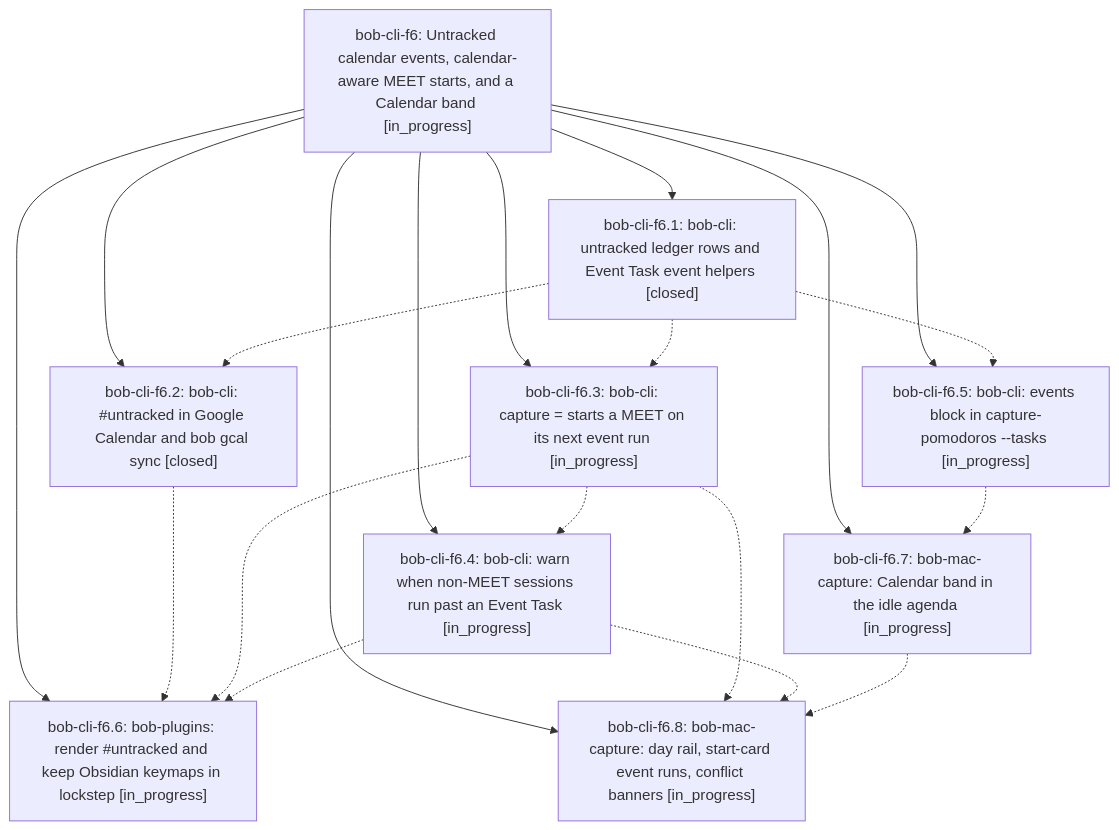
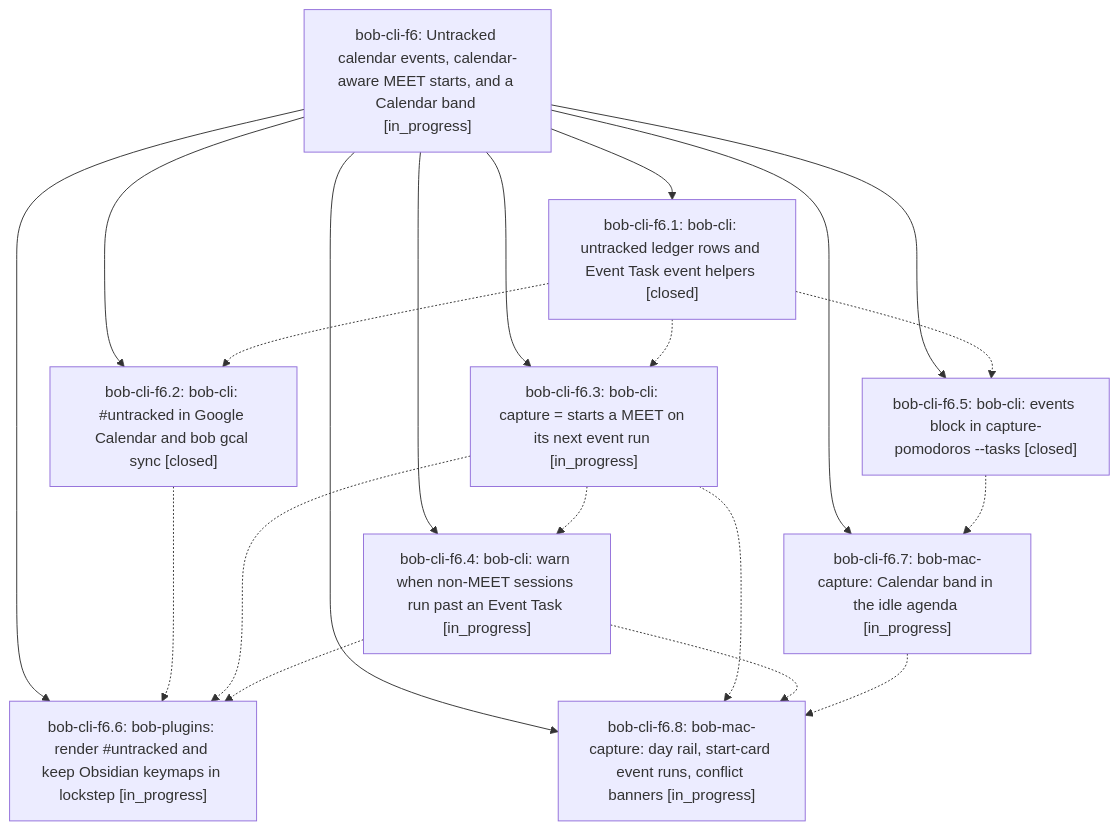
The diagram in pages/bob-cli-f6/README.md (bobs-org/bob-cli--beads), drawn with Mermaid before and after one commit. The commit also changed other lines of this file and 4 other files, not shown here.

First line of the commit message:
chore(beads): sync bead state and pages for bob-cli-f6

````diff
--- a/pages/bob-cli-f6/README.md
+++ b/pages/bob-cli-f6/README.md
@@ -41,31 +41,31 @@
 ```mermaid
 flowchart TD
     n0["bob-cli-f6: Untracked calendar events, calendar-aware MEET starts, and a Calendar band [in_progress]"]
     n1["bob-cli-f6.1: bob-cli: untracked ledger rows and Event Task event helpers [closed]"]
     n2["bob-cli-f6.2: bob-cli: #untracked in Google Calendar and bob gcal sync [closed]"]
     n3["bob-cli-f6.3: bob-cli: capture = starts a MEET on its next event run [in_progress]"]
     n4["bob-cli-f6.4: bob-cli: warn when non-MEET sessions run past an Event Task [in_progress]"]
-    n5["bob-cli-f6.5: bob-cli: events block in capture-pomodoros --tasks [in_progress]"]
+    n5["bob-cli-f6.5: bob-cli: events block in capture-pomodoros --tasks [closed]"]
     n6["bob-cli-f6.6: bob-plugins: render #untracked and keep Obsidian keymaps in lockstep [in_progress]"]
     n7["bob-cli-f6.7: bob-mac-capture: Calendar band in the idle agenda [in_progress]"]
     n8["bob-cli-f6.8: bob-mac-capture: day rail, start-card event runs, conflict banners [in_progress]"]
     n0 --> n1
     n0 --> n2
     n0 --> n3
     n0 --> n4
     n0 --> n5
     n0 --> n6
     n0 --> n7
     n0 --> n8
     n1 -.-> n2
     n1 -.-> n3
     n1 -.-> n5
     n2 -.-> n6
     n3 -.-> n4
     n3 -.-> n6
     n3 -.-> n8
     n4 -.-> n6
     n4 -.-> n8
     n5 -.-> n7
     n7 -.-> n8
 ```
````
